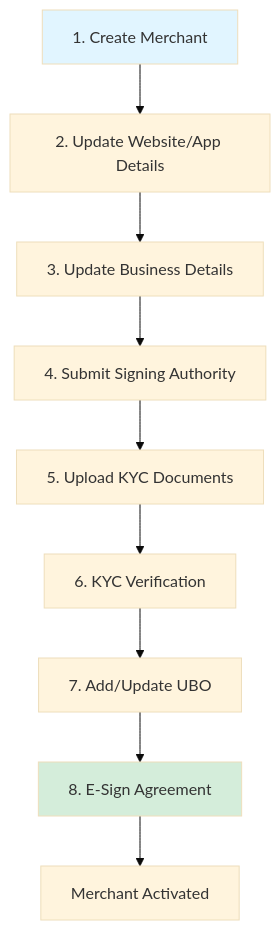
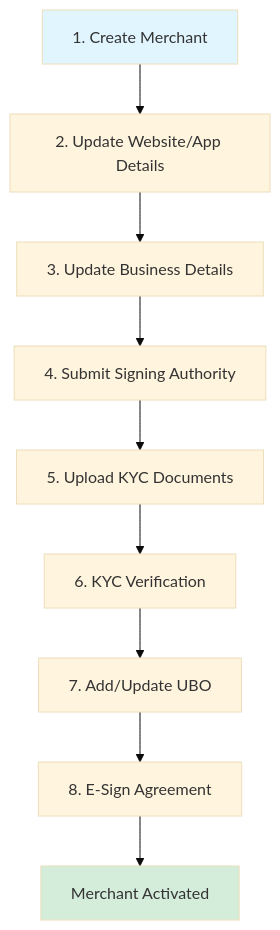
One commit to payu-india/CMS-Chatbot changed the diagram in docs/partners/internal-reviewpartner-integration-overview/quick-start-partner-integration.md. Above: the diagram before and after it, drawn with Mermaid (base theme).

Commit message:
Update doc `quick-start-partner-integration`

````diff
--- a/docs/partners/internal-reviewpartner-integration-overview/quick-start-partner-integration.md
+++ b/docs/partners/internal-reviewpartner-integration-overview/quick-start-partner-integration.md
@@ -12,14 +12,14 @@
 ```mermaid
 flowchart TD
     A[1. Create Merchant] --> B[2. Update Website/App Details]
     B --> C[3. Update Business Details]
     C --> D[4. Submit Signing Authority]
     D --> E[5. Upload KYC Documents]
     E --> F[6. KYC Verification]
     F --> G[7. Add/Update UBO]
     G --> H[8. E-Sign Agreement]
     H --> I[Merchant Activated]
     
     style A fill:#e1f5ff
-    style H fill:#d4edda
+    style I fill:#d4edda
 ```
````
